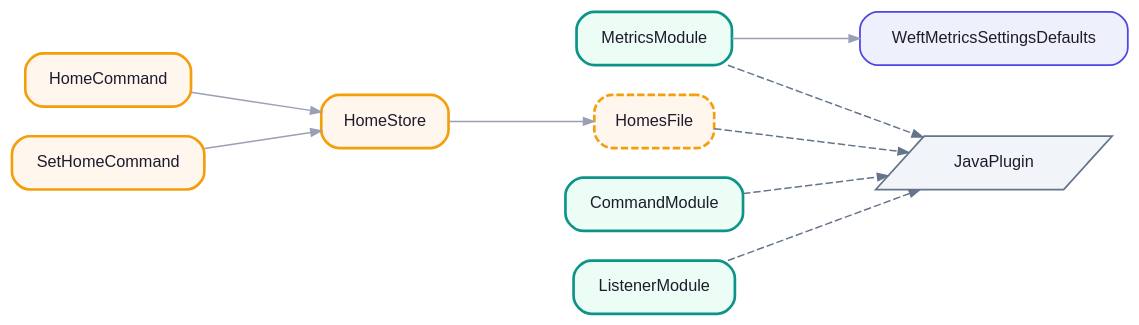
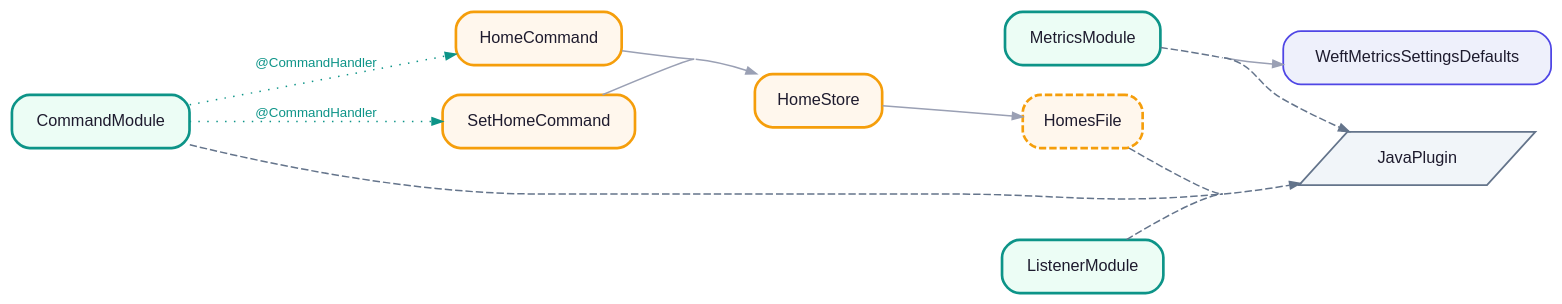
One commit to weftkit/weftkit changed the diagram in docs/docs/assets/diagrams/weftkit-graph.dot. Above: the diagram before and after it, drawn with Graphviz. The commit also changed 68 other files, not shown here.

```diff
--- a/docs/docs/assets/diagrams/weftkit-graph.dot
+++ b/docs/docs/assets/diagrams/weftkit-graph.dot
@@ -1,23 +1,25 @@
 digraph weftkit {
     rankdir=LR;
     graph [ranksep=1.1, nodesep=0.28, splines=spline, concentrate=true, bgcolor=transparent];
     node [shape=box, style="rounded,filled", fontname="Helvetica", fontsize=11, margin="0.16,0.08", color="#4F46E5", fillcolor="#EEF0FB", fontcolor="#1E1B2E", penwidth=1.2];
     edge [color="#9AA0B4", arrowsize=0.7, penwidth=1.0];
     "org.weftkit.examples.homes.WeftMetricsSettingsDefaults" [label="WeftMetricsSettingsDefaults", tooltip="org.weftkit.examples.homes.WeftMetricsSettingsDefaults"];
     "org.weftkit.examples.homes.commands.HomeCommand" [label="HomeCommand", tooltip="org.weftkit.examples.homes.commands.HomeCommand", fillcolor="#FFF7ED", color="#F59E0B", penwidth=1.8];
     "org.weftkit.examples.homes.commands.SetHomeCommand" [label="SetHomeCommand", tooltip="org.weftkit.examples.homes.commands.SetHomeCommand", fillcolor="#FFF7ED", color="#F59E0B", penwidth=1.8];
     "org.weftkit.examples.homes.storage.HomeStore" [label="HomeStore", tooltip="org.weftkit.examples.homes.storage.HomeStore", fillcolor="#FFF7ED", color="#F59E0B", penwidth=1.8];
     "org.weftkit.examples.homes.storage.HomesFile" [label="HomesFile", tooltip="org.weftkit.examples.homes.storage.HomesFile", fillcolor="#FFF7ED", color="#F59E0B", penwidth=1.8, style="rounded,filled,dashed"];
     "org.weftkit.wiring.bukkit.commands.CommandModule" [label="CommandModule", tooltip="org.weftkit.wiring.bukkit.commands.CommandModule (module)", fillcolor="#ECFDF5", color="#0D9488", penwidth=1.8];
     "org.weftkit.wiring.bukkit.listeners.ListenerModule" [label="ListenerModule", tooltip="org.weftkit.wiring.bukkit.listeners.ListenerModule (module)", fillcolor="#ECFDF5", color="#0D9488", penwidth=1.8];
     "org.weftkit.wiring.bukkit.metrics.MetricsModule" [label="MetricsModule", tooltip="org.weftkit.wiring.bukkit.metrics.MetricsModule (module)", fillcolor="#ECFDF5", color="#0D9488", penwidth=1.8];
     "org.bukkit.plugin.java.JavaPlugin" [label="JavaPlugin", tooltip="org.bukkit.plugin.java.JavaPlugin (ambient)", shape=parallelogram, style=filled, fillcolor="#F1F5F9", color="#64748B", fontcolor="#1E1B2E"];
     "org.weftkit.examples.homes.commands.HomeCommand" -> "org.weftkit.examples.homes.storage.HomeStore";
     "org.weftkit.examples.homes.commands.SetHomeCommand" -> "org.weftkit.examples.homes.storage.HomeStore";
     "org.weftkit.examples.homes.storage.HomeStore" -> "org.weftkit.examples.homes.storage.HomesFile";
     "org.weftkit.wiring.bukkit.metrics.MetricsModule" -> "org.weftkit.examples.homes.WeftMetricsSettingsDefaults";
     "org.weftkit.examples.homes.storage.HomesFile" -> "org.bukkit.plugin.java.JavaPlugin" [style=dashed, color="#64748B"];
     "org.weftkit.wiring.bukkit.commands.CommandModule" -> "org.bukkit.plugin.java.JavaPlugin" [style=dashed, color="#64748B"];
     "org.weftkit.wiring.bukkit.listeners.ListenerModule" -> "org.bukkit.plugin.java.JavaPlugin" [style=dashed, color="#64748B"];
     "org.weftkit.wiring.bukkit.metrics.MetricsModule" -> "org.bukkit.plugin.java.JavaPlugin" [style=dashed, color="#64748B"];
+    "org.weftkit.wiring.bukkit.commands.CommandModule" -> "org.weftkit.examples.homes.commands.HomeCommand" [style=dotted, color="#0D9488", fontcolor="#0D9488", fontname="Helvetica", fontsize=9, label="@CommandHandler"];
+    "org.weftkit.wiring.bukkit.commands.CommandModule" -> "org.weftkit.examples.homes.commands.SetHomeCommand" [style=dotted, color="#0D9488", fontcolor="#0D9488", fontname="Helvetica", fontsize=9, label="@CommandHandler"];
 }
```
